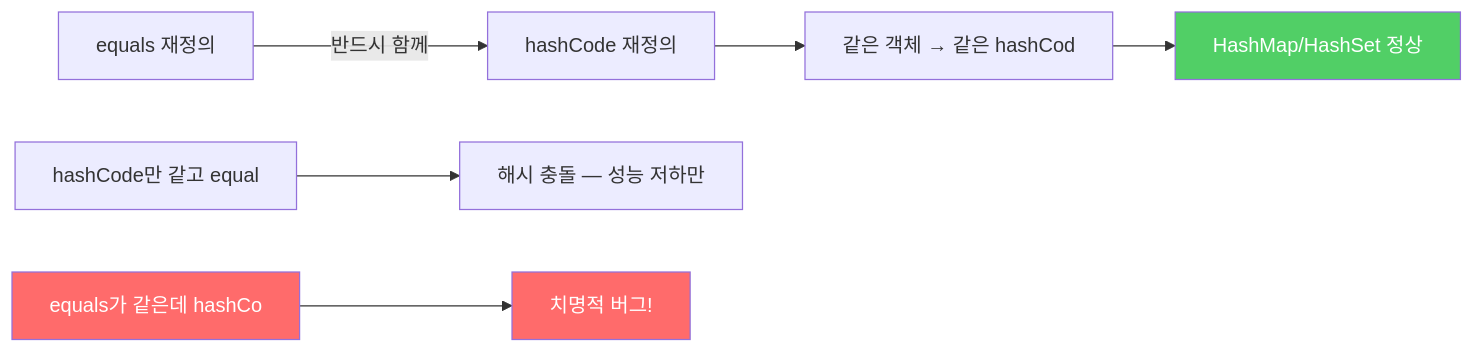
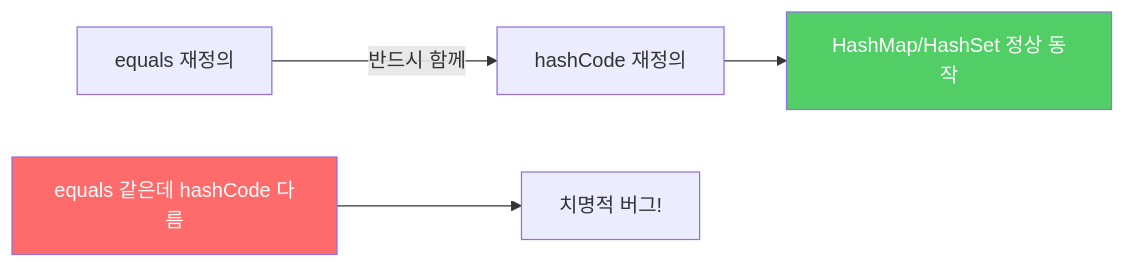
Before and after one commit to yjkim2015/yjkim2015.github.io: the fourth of 4 diagrams in _posts/java/2021-12-27-effective-java11.md, drawn with Mermaid. The commit also changed 163 other files, not shown here.

First line of the commit message:
Mermaid 300개 블록 내용 축소: 5노드 5엣지 이하, 의미 있는 약어

````diff
--- a/_posts/java/2021-12-27-effective-java11.md
+++ b/_posts/java/2021-12-27-effective-java11.md
@@ -195,11 +195,8 @@
 ```mermaid
 graph LR
     A["equals 재정의"] -->|"반드시 함께"| B["hashCode 재정의"]
-    B --> C["같은 객체 → 같은 hashCod"]
-    C --> D["HashMap/HashSet 정상"]
-    E["hashCode만 같고 equal"] --> F["해시 충돌 — 성능 저하만"]
-    G["equals가 같은데 hashCo"] --> H["치명적 버그!"]
-    style G fill:#ff6b6b,color:#fff
-    style H fill:#ff6b6b,color:#fff
-    style D fill:#51cf66,color:#fff
+    B --> C["HashMap/HashSet 정상 동작"]
+    D["equals 같은데 hashCode 다름"] --> E["치명적 버그!"]
+    style D fill:#ff6b6b,color:#fff
+    style C fill:#51cf66,color:#fff
 ```
````
